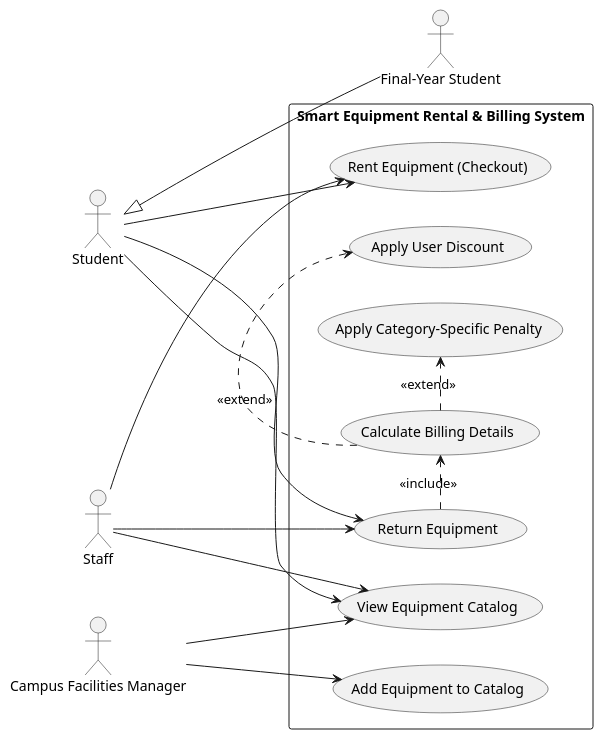
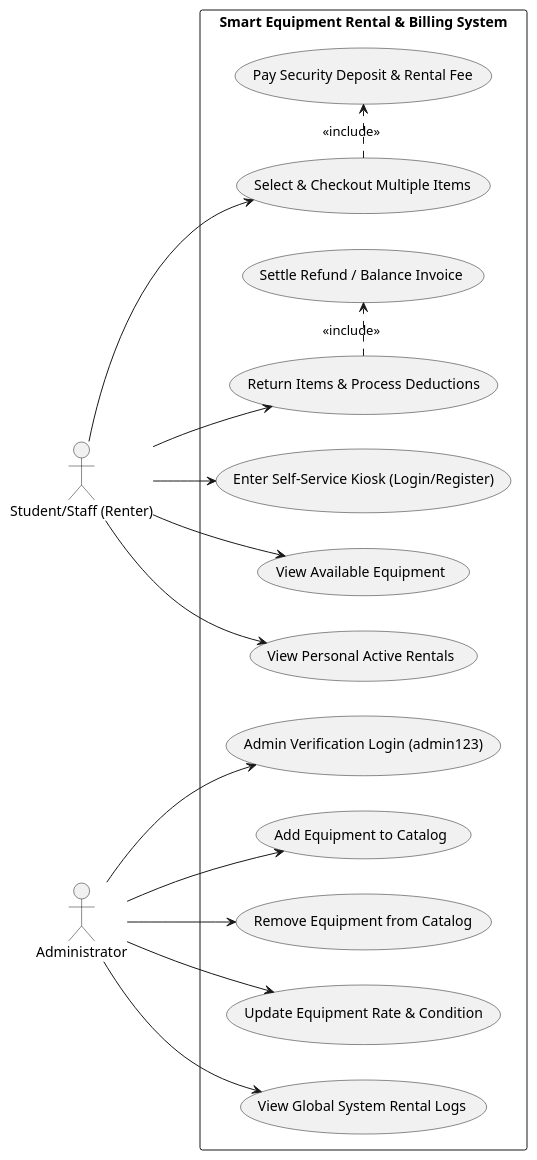
One commit to Azieltan/OOAD_FINAL_ASSIGNMENT changed the diagram in Final Assignment/uml/use_case_diagram.puml. Above: the diagram before and after it, drawn with PlantUML. The commit also changed 14 other files, not shown here.

Commit message:
Implement self-service login, role-based views, deposit system, and equipment conditions

```diff
--- a/Final Assignment/uml/use_case_diagram.puml
+++ b/Final Assignment/uml/use_case_diagram.puml
@@ -1,37 +1,41 @@
 @startuml Use Case Diagram
 left to right direction
 skinparam packageStyle rectangle
 
-actor "Student" as student
-actor "Staff" as staff
-actor "Final-Year Student" as fy_student
-
-fy_student -up-|> student
+actor "Student/Staff (Renter)" as renter
+actor "Administrator" as admin
 
 rectangle "Smart Equipment Rental & Billing System" {
-    usecase "View Equipment Catalog" as UC1
-    usecase "Rent Equipment (Checkout)" as UC2
-    usecase "Return Equipment" as UC3
-    usecase "Calculate Billing Details" as UC4
-    usecase "Apply User Discount" as UC5
-    usecase "Apply Category-Specific Penalty" as UC6
-    usecase "Add Equipment to Catalog" as UC7
+    ' User Kiosk operations
+    usecase "Enter Self-Service Kiosk (Login/Register)" as UC1
+    usecase "View Available Equipment" as UC2
+    usecase "Select & Checkout Multiple Items" as UC3
+    usecase "Pay Security Deposit & Rental Fee" as UC4
+    usecase "View Personal Active Rentals" as UC5
+    usecase "Return Items & Process Deductions" as UC6
+    usecase "Settle Refund / Balance Invoice" as UC7
+    
+    ' Admin Console operations
+    usecase "Admin Verification Login (admin123)" as UC8
+    usecase "Add Equipment to Catalog" as UC9
+    usecase "Remove Equipment from Catalog" as UC10
+    usecase "Update Equipment Rate & Condition" as UC11
+    usecase "View Global System Rental Logs" as UC12
 }
 
-student --> UC1
-student --> UC2
-student --> UC3
-
-staff --> UC1
-staff --> UC2
-staff --> UC3
+renter --> UC1
+renter --> UC2
+renter --> UC3
+renter --> UC5
+renter --> UC6
 
 UC3 .> UC4 : <<include>>
-UC4 .> UC5 : <<extend>>
-UC4 .> UC6 : <<extend>>
+UC6 .> UC7 : <<include>>
 
-actor "Campus Facilities Manager" as manager
-manager --> UC7
-manager --> UC1
+admin --> UC8
+admin --> UC9
+admin --> UC10
+admin --> UC11
+admin --> UC12
 
 @enduml
```
